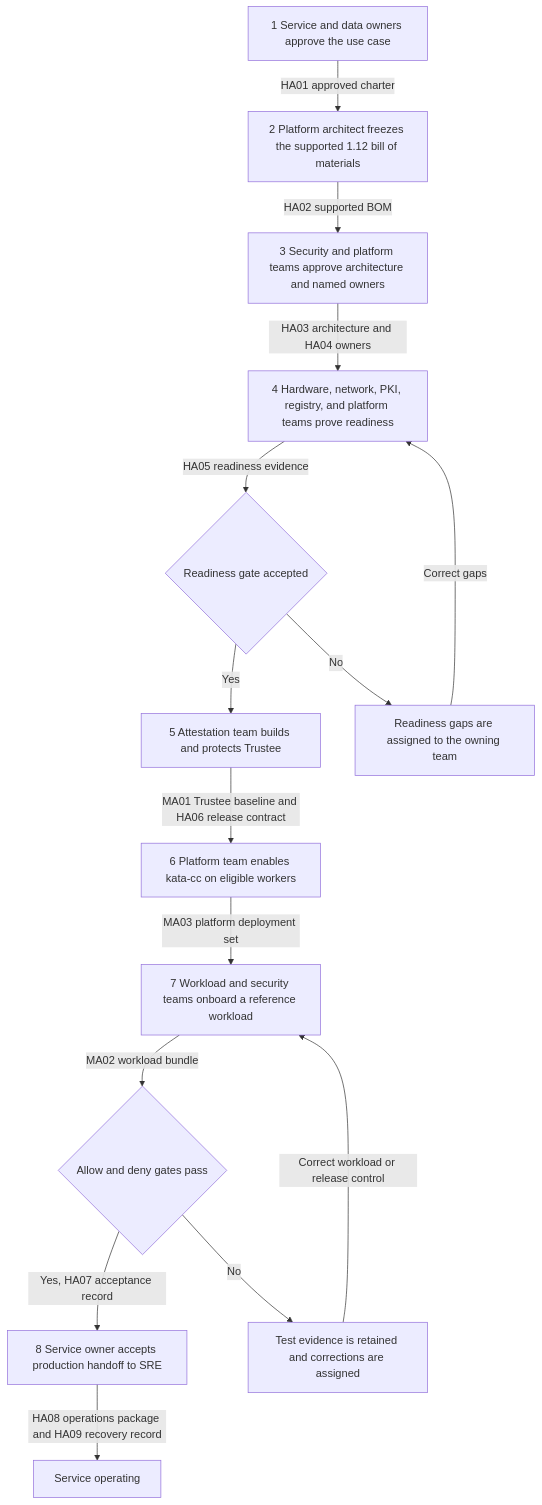
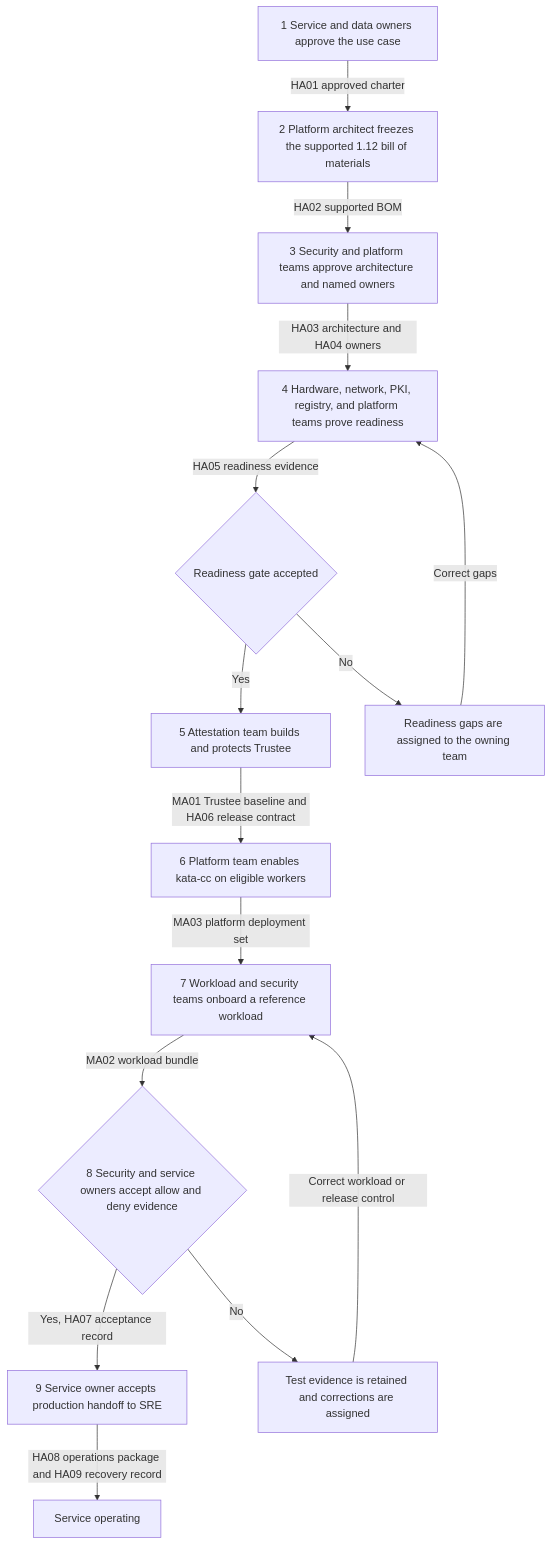
Before and after one commit to shpwrck/openshift-confidential-containers: the first of 3 diagrams in docs/getting-started-and-operations.md, drawn with Mermaid. The commit also changed other lines of this file and 2 other files, not shown here.

````diff
--- a/docs/getting-started-and-operations.md
+++ b/docs/getting-started-and-operations.md
@@ -107,30 +107,30 @@
 ```mermaid
 flowchart TD
   A["1 Service and data owners approve the use case"]
   B["2 Platform architect freezes the supported 1.12 bill of materials"]
   C["3 Security and platform teams approve architecture and named owners"]
   D["4 Hardware, network, PKI, registry, and platform teams prove readiness"]
   E{"Readiness gate accepted"}
   F["5 Attestation team builds and protects Trustee"]
   G["6 Platform team enables kata-cc on eligible workers"]
   H["7 Workload and security teams onboard a reference workload"]
-  I{"Allow and deny gates pass"}
-  J["8 Service owner accepts production handoff to SRE"]
+  I{"8 Security and service owners accept allow and deny evidence"}
+  J["9 Service owner accepts production handoff to SRE"]
   L["Readiness gaps are assigned to the owning team"]
   M["Test evidence is retained and corrections are assigned"]
 
   A -->|"HA01 approved charter"| B
   B -->|"HA02 supported BOM"| C
   C -->|"HA03 architecture and HA04 owners"| D
   D -->|"HA05 readiness evidence"| E
   E -->|"No"| L
   L -->|"Correct gaps"| D
   E -->|"Yes"| F
   F -->|"MA01 Trustee baseline and HA06 release contract"| G
   G -->|"MA03 platform deployment set"| H
   H -->|"MA02 workload bundle"| I
   I -->|"No"| M
   M -->|"Correct workload or release control"| H
   I -->|"Yes, HA07 acceptance record"| J
   J -->|"HA08 operations package and HA09 recovery record"| K["Service operating"]
 ```
````
